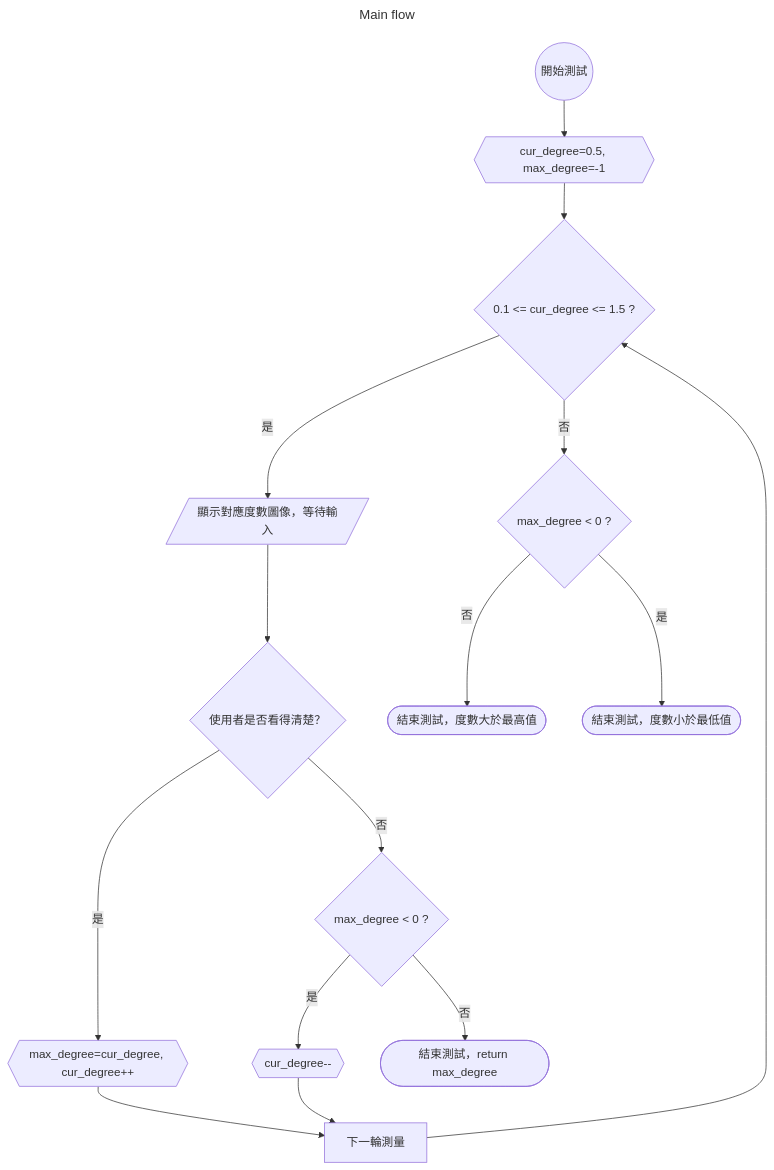
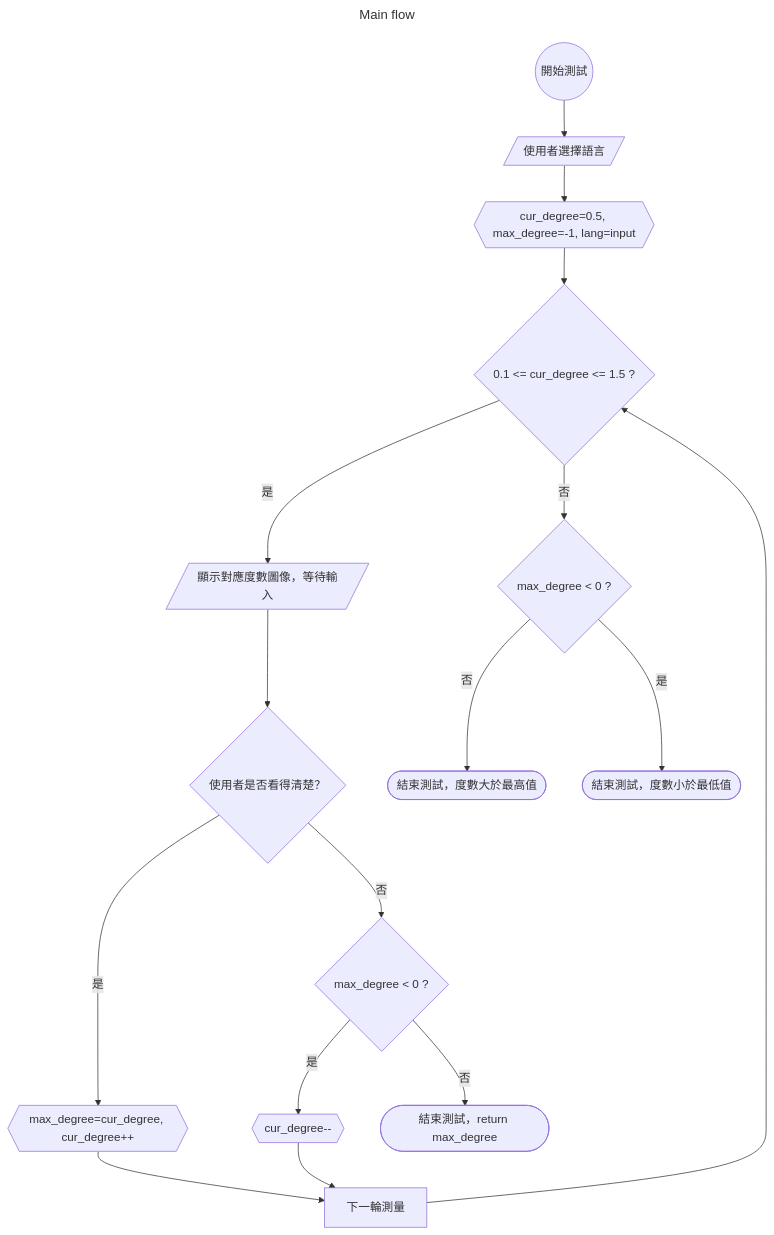
The diagram in README.md (sunnyshoun/2025-Medical-System-Project), drawn with Mermaid before and after one commit. The commit also changed 6 other files, not shown here.

Commit message:
update main flow

````diff
--- a/README.md
+++ b/README.md
@@ -11,33 +11,35 @@
 ```mermaid
 ---
 title: Main flow
 ---
 flowchart TD
     set0((開始測試))
-    set1{{cur_degree=0.5, max_degree=-1}}
+    set1{{cur_degree=0.5, max_degree=-1, lang=input}}
+    set2[/使用者選擇語言/]
     act0{0.1 <= cur_degree <= 1.5 ?}
     end1{max_degree < 0 ?}
     act1[/顯示對應度數圖像，等待輸入/]
     act2{使用者是否看得清楚？}
     act3{{max_degree=cur_degree, cur_degree++}}
     act4{max_degree < 0 ?}
     act5{{cur_degree--}}
     end2([結束測試，度數大於最高值])
     end3([結束測試，度數小於最低值])
     end4([結束測試，return max_degree])
     iter[下一輪測量]
     act3 --> iter
-    set0 --> set1
+    set0 --> set2
+    set2 --> set1
     set1 --> act0
     act0 -- 否 --> end1
     end1 -- 否 --> end2
     end1 -- 是 --> end3
     act0 -- 是 --> act1
     act1 --> act2
     act2 -- 否 --> act4
     act2 -- 是 --> act3
     act4 -- 否 --> end4
     act4 -- 是 --> act5
     act5 --> iter
     iter --> act0
 ```
````
